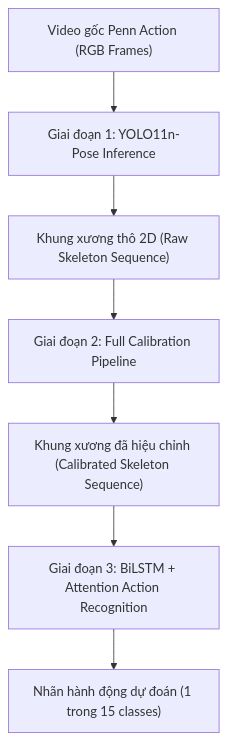
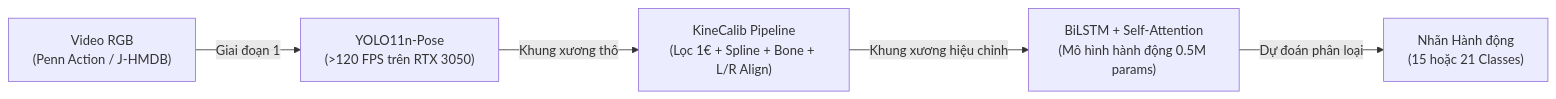
The diagram in reports/COMPREHENSIVE_RESEARCH_REPORT.md (dekii2275/minhanh_nckh), drawn with Mermaid before and after one commit. The commit also changed other lines of this file, not shown here.

Commit message:
docs: enrich comprehensive research report with 2013-2025 literature review, J-HMDB dual benchmark, SOTA comparison, and 12-slide presentation structure

````diff
--- a/reports/COMPREHENSIVE_RESEARCH_REPORT.md
+++ b/reports/COMPREHENSIVE_RESEARCH_REPORT.md
@@ -47,9 +68,7 @@
 ```mermaid
-graph TD
-    A["Video gốc Penn Action (RGB Frames)"] --> B["Giai đoạn 1: YOLO11n-Pose Inference"]
-    B --> C["Khung xương thô 2D (Raw Skeleton Sequence)"]
-    C --> D["Giai đoạn 2: Full Calibration Pipeline"]
-    D --> E["Khung xương đã hiệu chỉnh (Calibrated Skeleton Sequence)"]
-    E --> F["Giai đoạn 3: BiLSTM + Attention Action Recognition"]
-    F --> G["Nhãn hành động dự đoán (1 trong 15 classes)"]
+graph LR
+    A["Video RGB<br>(Penn Action / J-HMDB)"] -->|Giai đoạn 1| B["YOLO11n-Pose<br>(>120 FPS trên RTX 3050)"]
+    B -->|Khung xương thô| C["KineCalib Pipeline<br>(Lọc 1€ + Spline + Bone + L/R Align)"]
+    C -->|Khung xương hiệu chỉnh| D["BiLSTM + Self-Attention<br>(Mô hình hành động 0.5M params)"]
+    D -->|Dự đoán phân loại| E["Nhãn Hành động<br>(15 hoặc 21 Classes)"]
 ```
````
